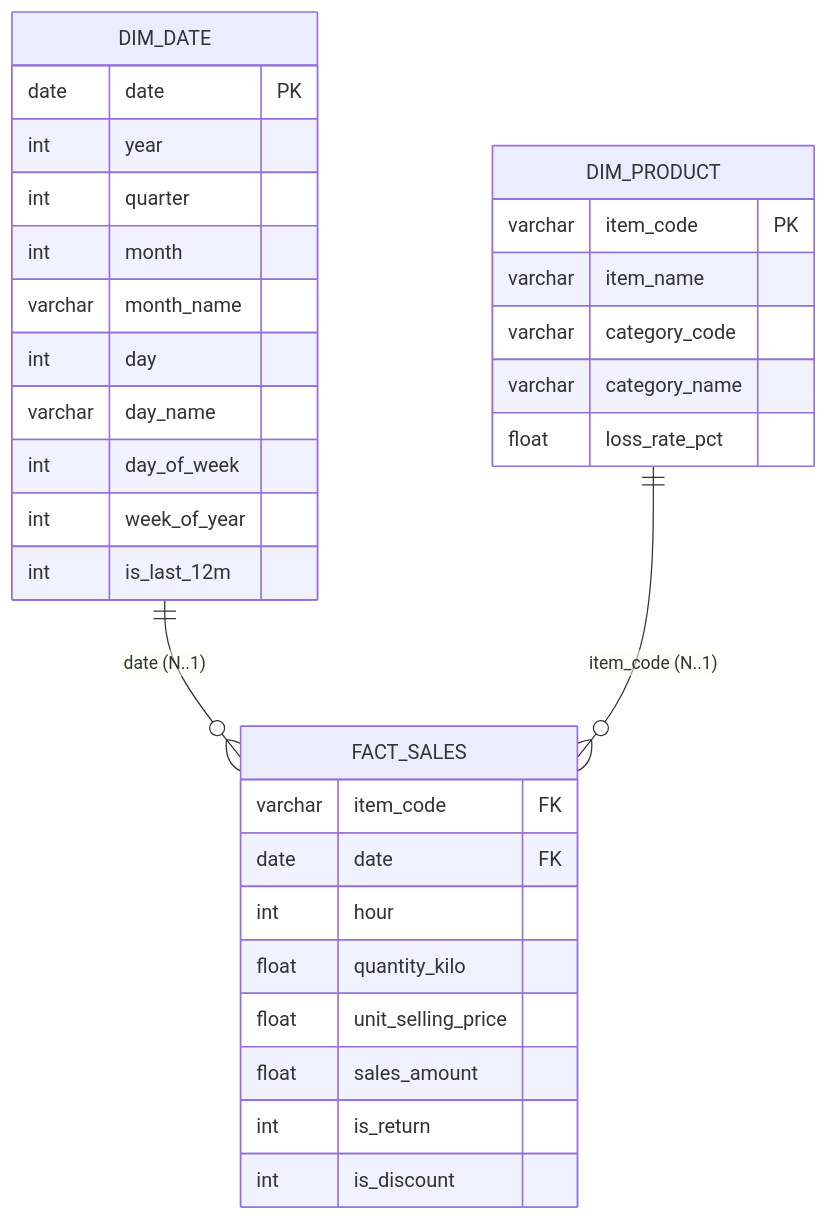
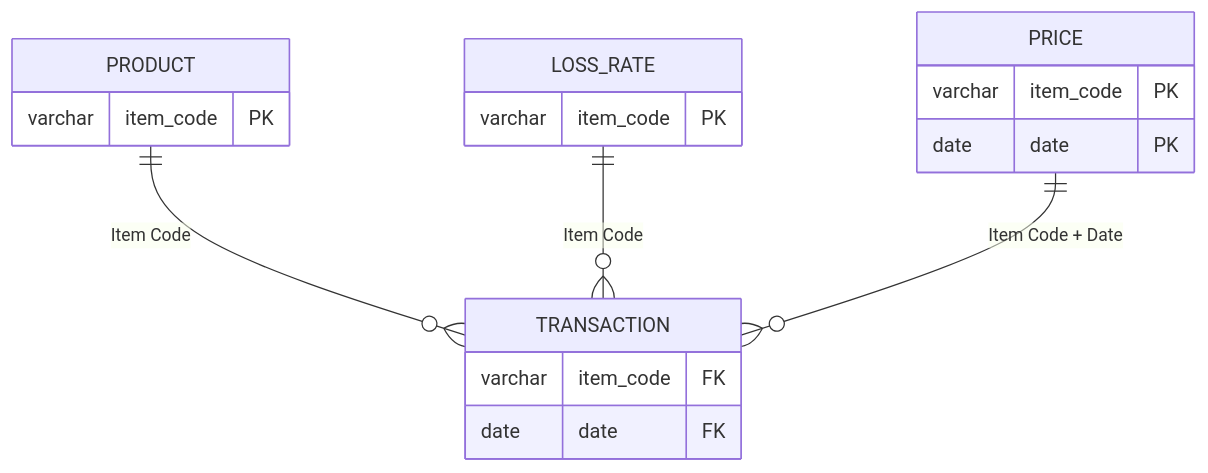
One commit to Lucas-F-93/Data-Viz-Exo changed the second of 2 diagrams in docs/etape2_modele_donnees.md. Above: the diagram before and after it, drawn with Mermaid. The commit also changed other lines of this file and 2 other files, not shown here.

Commit message:
docs(schema): schema en etoile des 4 CSV - transaction en table de faits, product/price/loss_rate en dimensions

````diff
--- a/docs/etape2_modele_donnees.md
+++ b/docs/etape2_modele_donnees.md
@@ -89,35 +82,21 @@
 ```mermaid
 erDiagram
-    DIM_DATE ||--o{ FACT_SALES : "date (N..1)"
-    DIM_PRODUCT ||--o{ FACT_SALES : "item_code (N..1)"
+    PRODUCT ||--o{ TRANSACTION : "Item Code"
+    LOSS_RATE ||--o{ TRANSACTION : "Item Code"
+    PRICE ||--o{ TRANSACTION : "Item Code + Date"
 
-    FACT_SALES {
+    TRANSACTION {
         varchar item_code FK
         date date FK
-        int hour
-        float quantity_kilo
-        float unit_selling_price
-        float sales_amount
-        int is_return
-        int is_discount
     }
-    DIM_DATE {
+    PRODUCT {
+        varchar item_code PK
+    }
+    PRICE {
+        varchar item_code PK
         date date PK
-        int year
-        int quarter
-        int month
-        varchar month_name
-        int day
-        varchar day_name
-        int day_of_week
-        int week_of_year
-        int is_last_12m
     }
-    DIM_PRODUCT {
+    LOSS_RATE {
         varchar item_code PK
-        varchar item_name
-        varchar category_code
-        varchar category_name
-        float loss_rate_pct
     }
 ```
````
